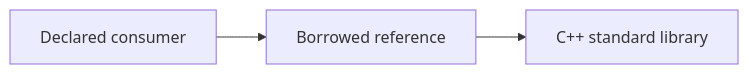
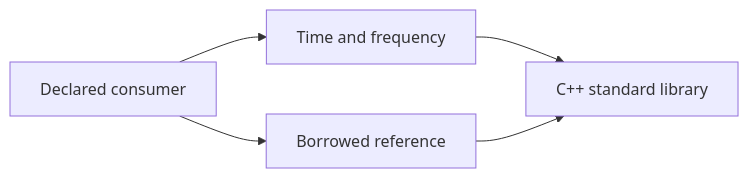
Before and after one commit to Vokerlee/wiola-player: the diagram in src/foundation/README.md, drawn with Mermaid. The commit also changed other lines of this file and 19 other files, not shown here.

````diff
--- a/src/foundation/README.md
+++ b/src/foundation/README.md
@@ -5,5 +5,7 @@
 ```mermaid
 flowchart LR
   Consumer[Declared consumer] --> Borrowed[Borrowed reference]
+  Consumer --> Quantities[Time and frequency]
+  Quantities --> Standard[C++ standard library]
   Borrowed --> Standard[C++ standard library]
 ```
````
